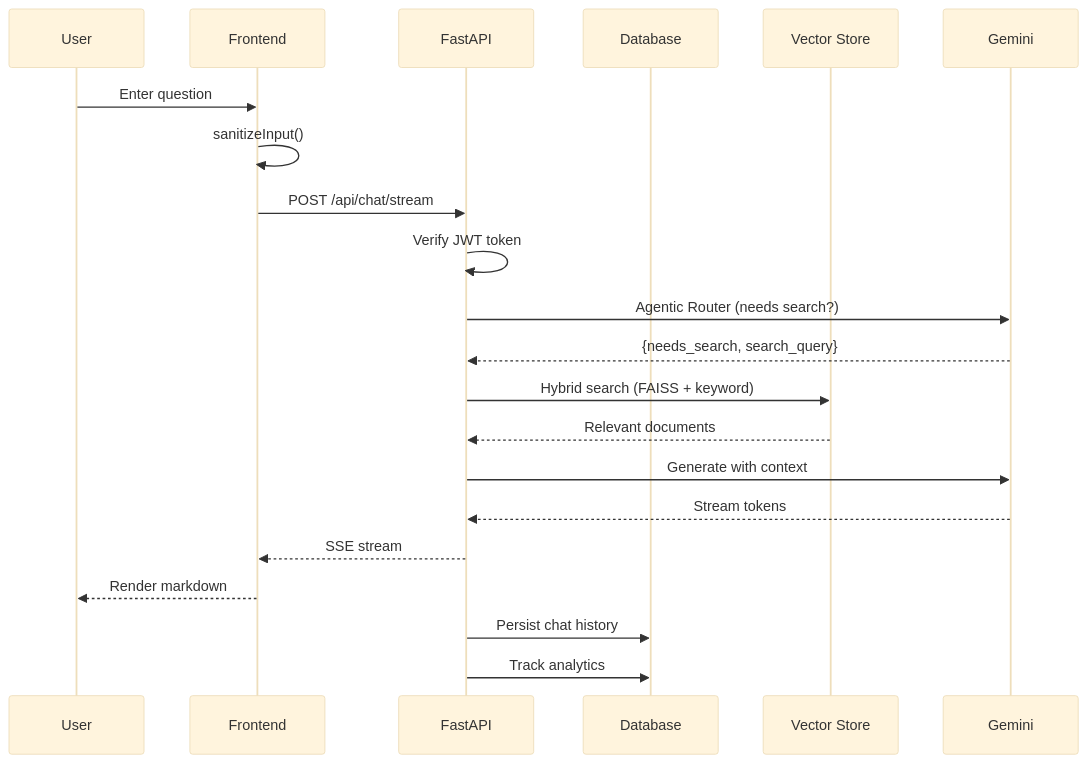
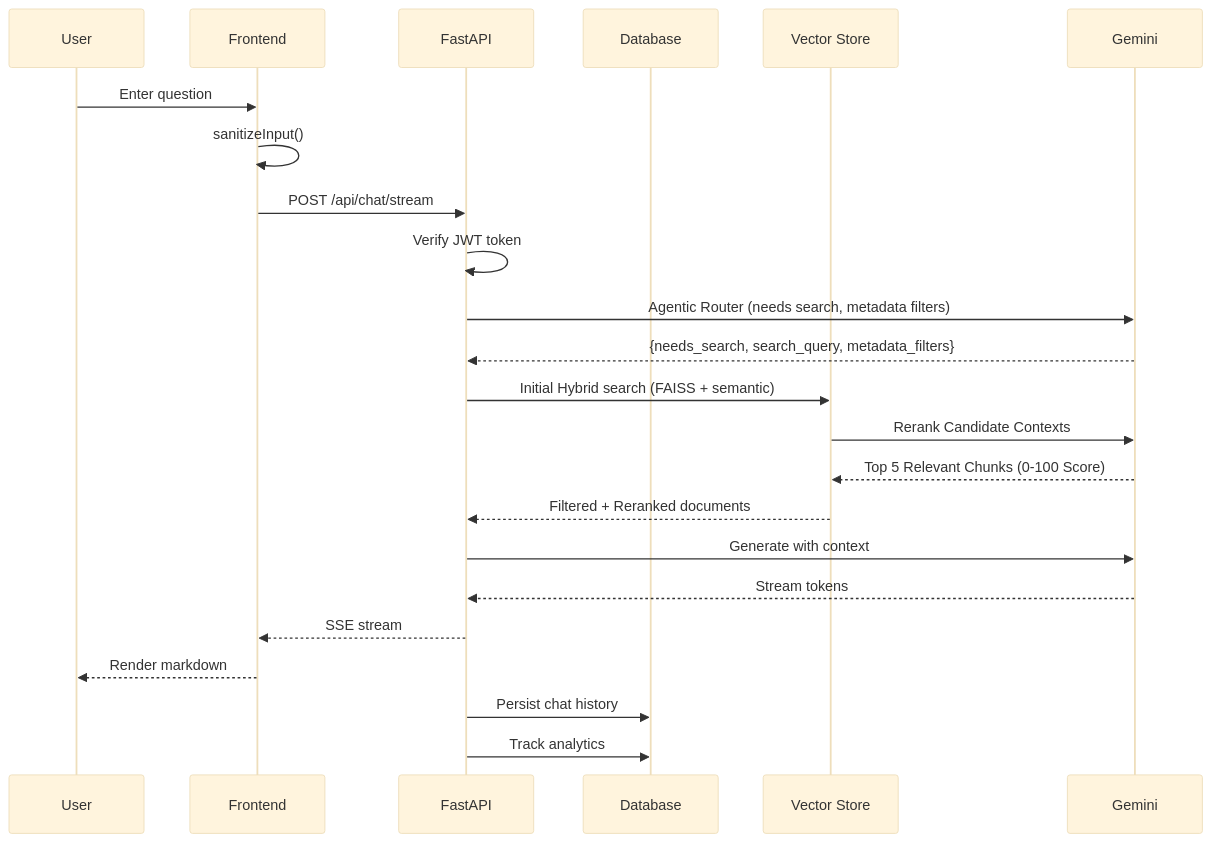
One commit to Abhishek797-ops/EnterpriseRAG changed the second of 2 diagrams in README.md. Above: the diagram before and after it, drawn with Mermaid (base theme). The commit also changed other lines of this file and 6 other files, not shown here.

Commit message:
Add advanced multi-modal RAG pipeline with semantic chunking and LLM reranking

````diff
--- a/README.md
+++ b/README.md
@@ -69,24 +69,26 @@
 ```mermaid
 sequenceDiagram
     participant U as User
     participant FE as Frontend
     participant API as FastAPI
     participant DB as Database
     participant VS as Vector Store
     participant LLM as Gemini
 
     U->>FE: Enter question
     FE->>FE: sanitizeInput()
     FE->>API: POST /api/chat/stream
     API->>API: Verify JWT token
-    API->>LLM: Agentic Router (needs search?)
-    LLM-->>API: {needs_search, search_query}
-    API->>VS: Hybrid search (FAISS + keyword)
-    VS-->>API: Relevant documents
+    API->>LLM: Agentic Router (needs search, metadata filters)
+    LLM-->>API: {needs_search, search_query, metadata_filters}
+    API->>VS: Initial Hybrid search (FAISS + semantic)
+    VS->>LLM: Rerank Candidate Contexts
+    LLM-->>VS: Top 5 Relevant Chunks (0-100 Score)
+    VS-->>API: Filtered + Reranked documents
     API->>LLM: Generate with context
     LLM-->>API: Stream tokens
     API-->>FE: SSE stream
     FE-->>U: Render markdown
     API->>DB: Persist chat history
     API->>DB: Track analytics
 ```
````
